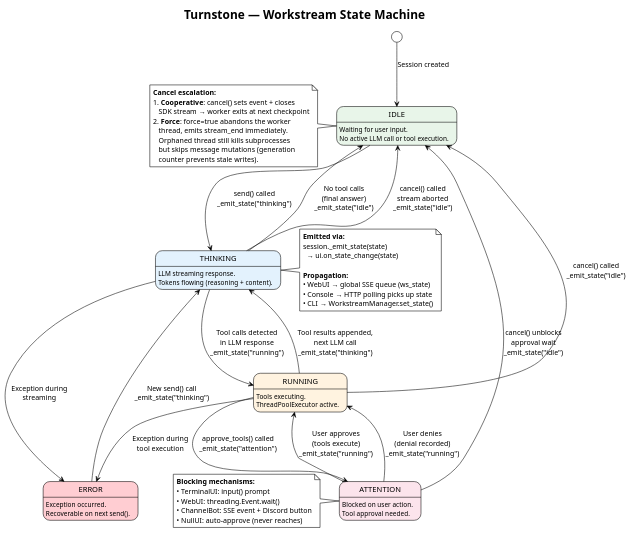
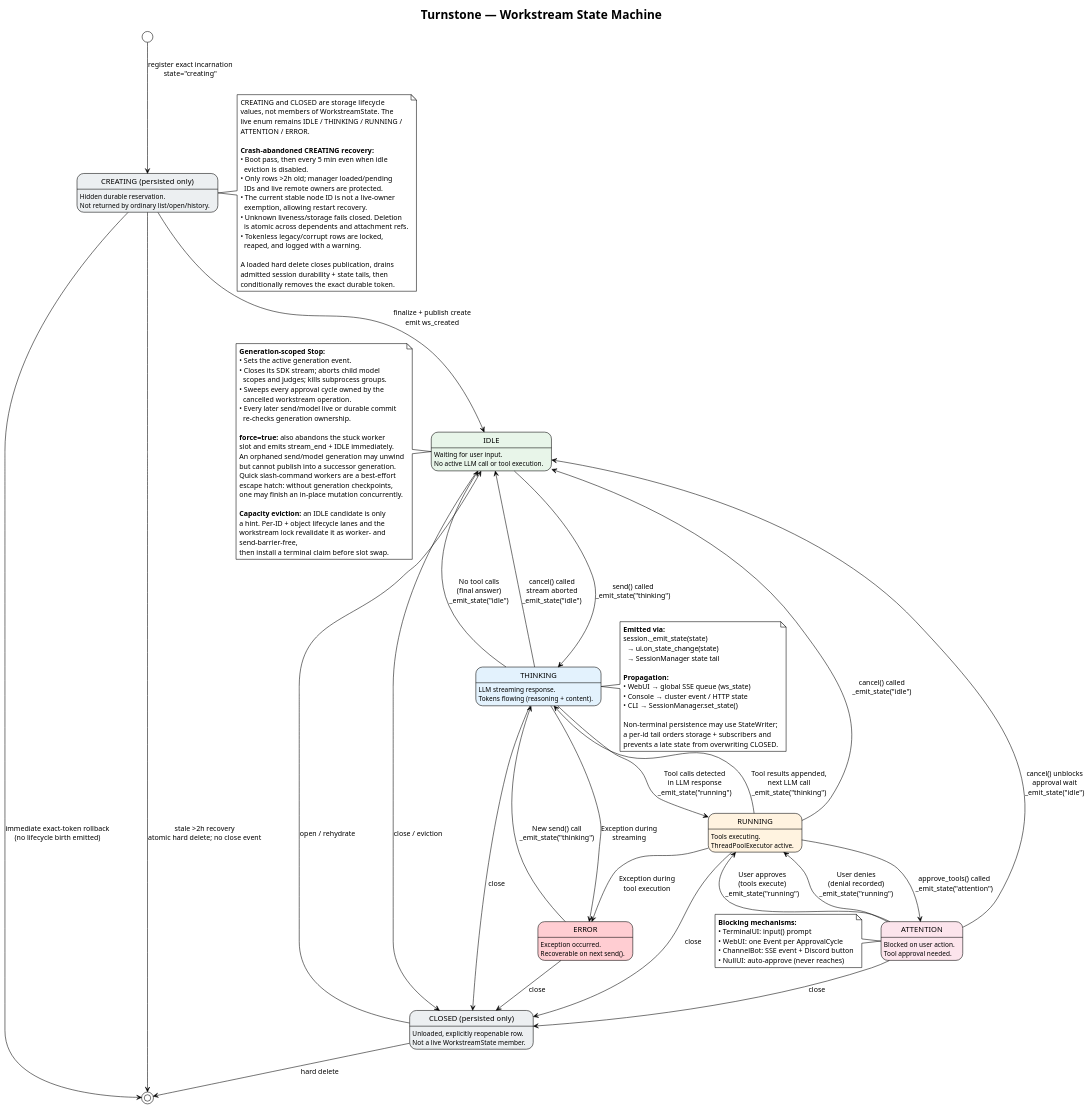
Before and after one commit to turnstonelabs/turnstone: the diagram in docs/diagrams/09-workstream-states.puml, drawn with PlantUML. The commit also changed 177 other files, not shown here.

First line of the commit message:
refactor(session): make ModelLane the provider boundary (#979)

```diff
--- a/docs/diagrams/09-workstream-states.puml
+++ b/docs/diagrams/09-workstream-states.puml
@@ -1,77 +1,133 @@
 @startuml
 !theme plain
 title Turnstone — Workstream State Machine
 
 skinparam state {
+    BackgroundColor<<lifecycle>> #ECEFF1
     BackgroundColor<<idle>> #E8F5E9
     BackgroundColor<<thinking>> #E3F2FD
     BackgroundColor<<running>> #FFF3E0
     BackgroundColor<<attention>> #FCE4EC
     BackgroundColor<<error>> #FFCDD2
 }
 
+state "CREATING (persisted only)" as creating <<lifecycle>> : Hidden durable reservation.\nNot returned by ordinary list/open/history.
 state "IDLE" as idle <<idle>> : Waiting for user input.\nNo active LLM call or tool execution.
 state "THINKING" as thinking <<thinking>> : LLM streaming response.\nTokens flowing (reasoning + content).
 state "RUNNING" as running <<running>> : Tools executing.\nThreadPoolExecutor active.
 state "ATTENTION" as attention <<attention>> : Blocked on user action.\nTool approval needed.
 state "ERROR" as error <<error>> : Exception occurred.\nRecoverable on next send().
+state "CLOSED (persisted only)" as closed <<lifecycle>> : Unloaded, explicitly reopenable row.\nNot a live WorkstreamState member.
 
-[*] --> idle : Session created
+[*] --> creating : register exact incarnation\nstate="creating"
+creating --> idle : finalize + publish create\nemit ws_created
+creating --> [*] : immediate exact-token rollback\n(no lifecycle birth emitted)
+creating --> [*] : stale >2h recovery\natomic hard delete; no close event
 
 idle --> thinking : send() called\n_emit_state("thinking")
 
 thinking --> running : Tool calls detected\nin LLM response\n_emit_state("running")
 
 thinking --> idle : No tool calls\n(final answer)\n_emit_state("idle")
 
 thinking --> error : Exception during\nstreaming
 
 running --> attention : approve_tools() called\n_emit_state("attention")
 
 attention --> running : User approves\n(tools execute)\n_emit_state("running")
 
 attention --> running : User denies\n(denial recorded)\n_emit_state("running")
 
 running --> thinking : Tool results appended,\nnext LLM call\n_emit_state("thinking")
 
 running --> error : Exception during\ntool execution
 
 error --> thinking : New send() call\n_emit_state("thinking")
 
+idle --> closed : close / eviction
+error --> closed : close
+thinking --> closed : close
+running --> closed : close
+attention --> closed : close
+closed --> [*] : hard delete
+closed --> idle : open / rehydrate
+
 thinking --> idle : cancel() called\nstream aborted\n_emit_state("idle")
 
 running --> idle : cancel() called\n_emit_state("idle")
 
 attention --> idle : cancel() unblocks\napproval wait\n_emit_state("idle")
 
 note left of idle
-  **Cancel escalation:**
-  1. **Cooperative**: cancel() sets event + closes
-     SDK stream → worker exits at next checkpoint
-  2. **Force**: force=true abandons the worker
-     thread, emits stream_end immediately.
-     Orphaned thread still kills subprocesses
-     but skips message mutations (generation
-     counter prevents stale writes).
+  **Generation-scoped Stop:**
+  • Sets the active generation event.
+  • Closes its SDK stream; aborts child model
+    scopes and judges; kills subprocess groups.
+  • Sweeps every approval cycle owned by the
+    cancelled workstream operation.
+  • Every later send/model live or durable commit
+    re-checks generation ownership.
+
+  **force=true:** also abandons the stuck worker
+  slot and emits stream_end + IDLE immediately.
+  An orphaned send/model generation may unwind
+  but cannot publish into a successor generation.
+  Quick slash-command workers are a best-effort
+  escape hatch: without generation checkpoints,
+  one may finish an in-place mutation concurrently.
+
+  **Capacity eviction:** an IDLE candidate is only
+  a hint. Per-ID + object lifecycle lanes and the
+  workstream lock revalidate it as worker- and
+  send-barrier-free,
+  then install a terminal claim before slot swap.
 end note
 
 note right of thinking
   **Emitted via:**
   session._emit_state(state)
     → ui.on_state_change(state)
+    → SessionManager state tail
 
   **Propagation:**
   • WebUI → global SSE queue (ws_state)
-  • Console → HTTP polling picks up state
-  • CLI → WorkstreamManager.set_state()
+  • Console → cluster event / HTTP state
+  • CLI → SessionManager.set_state()
+
+  Non-terminal persistence may use StateWriter;
+  a per-id tail orders storage + subscribers and
+  prevents a late state from overwriting CLOSED.
 end note
 
 note left of attention
   **Blocking mechanisms:**
   • TerminalUI: input() prompt
-  • WebUI: threading.Event.wait()
+  • WebUI: one Event per ApprovalCycle
   • ChannelBot: SSE event + Discord button
   • NullUI: auto-approve (never reaches)
 end note
 
+note right of creating
+  CREATING and CLOSED are storage lifecycle
+  values, not members of WorkstreamState. The
+  live enum remains IDLE / THINKING / RUNNING /
+  ATTENTION / ERROR.
+
+  **Crash-abandoned CREATING recovery:**
+  • Boot pass, then every 5 min even when idle
+    eviction is disabled.
+  • Only rows >2h old; manager loaded/pending
+    IDs and live remote owners are protected.
+  • The current stable node ID is not a live-owner
+    exemption, allowing restart recovery.
+  • Unknown liveness/storage fails closed. Deletion
+    is atomic across dependents and attachment refs.
+  • Tokenless legacy/corrupt rows are locked,
+    reaped, and logged with a warning.
+
+  A loaded hard delete closes publication, drains
+  admitted session durability + state tails, then
+  conditionally removes the exact durable token.
+end note
+
 @enduml
```
